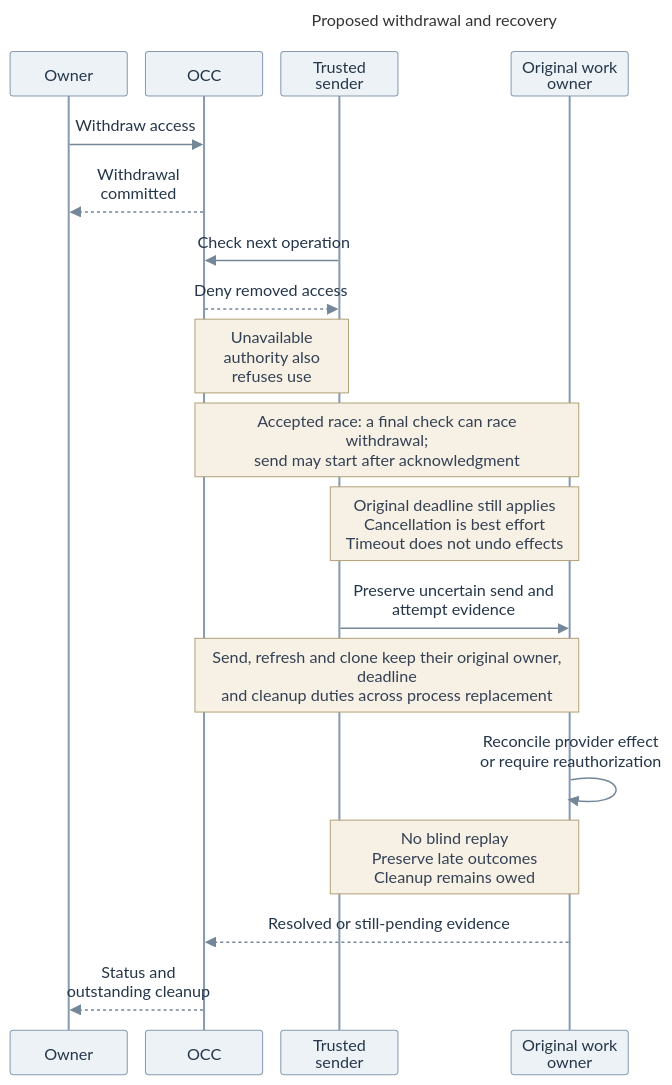
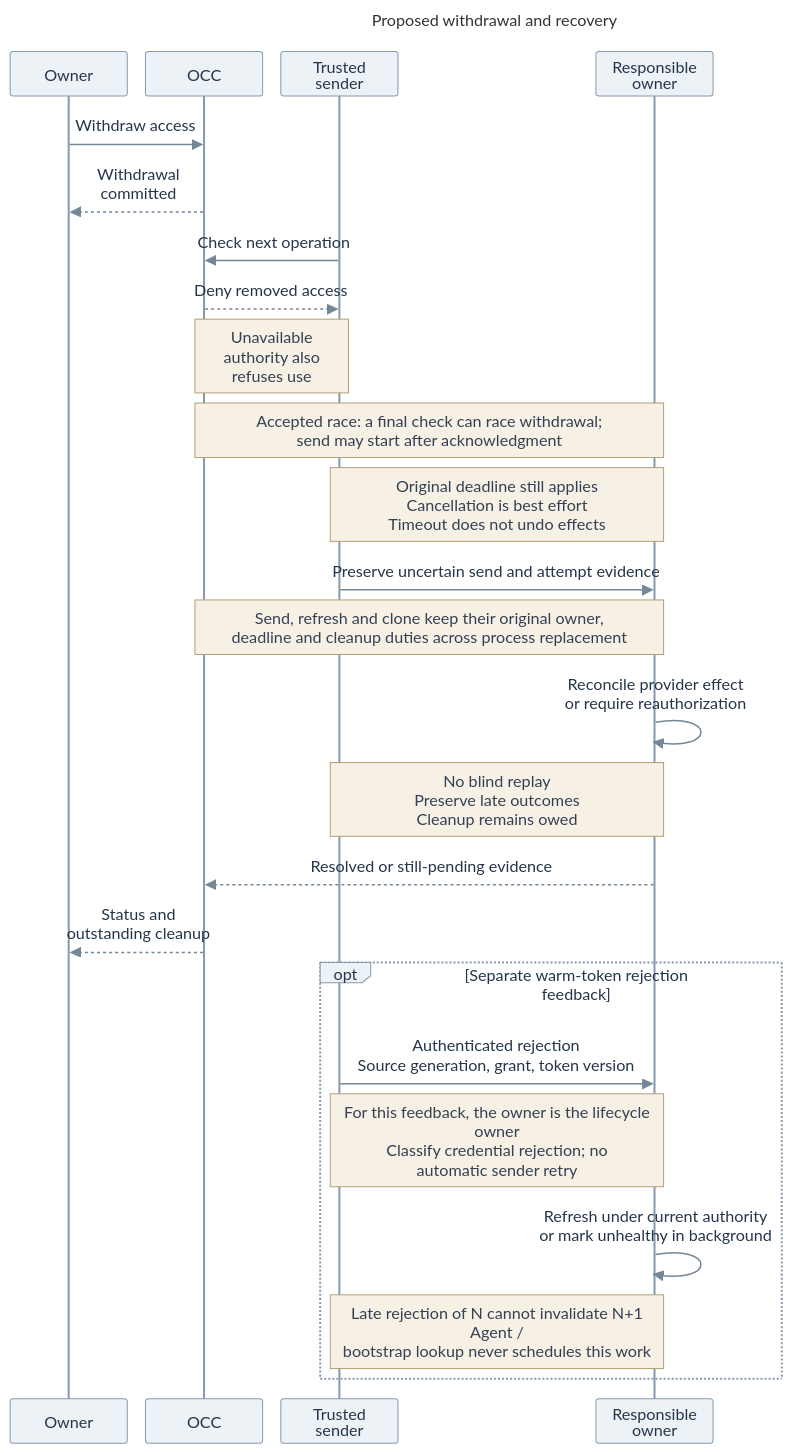
The diagram in specs/rfcs/0019-egress-proxy-credential-lifecycle/assets/revocation-recovery.mmd (freeqaz-openai/openclaw-enterprise), drawn with Mermaid before and after one commit. The commit also changed 20 other files, not shown here.

```diff
--- a/specs/rfcs/0019-egress-proxy-credential-lifecycle/assets/revocation-recovery.mmd
+++ b/specs/rfcs/0019-egress-proxy-credential-lifecycle/assets/revocation-recovery.mmd
@@ -1,45 +1,51 @@
 ---
 title: "Proposed withdrawal and recovery"
 config:
   theme: base
   themeVariables:
     fontFamily: "Arial, sans-serif"
     fontSize: "16px"
     actorBkg: "#EDF2F7"
     actorBorder: "#879AB0"
     actorTextColor: "#25364A"
     noteBkgColor: "#F7F1E5"
     noteBorderColor: "#B3A078"
     noteTextColor: "#344054"
     signalColor: "#748798"
     signalTextColor: "#25364A"
   sequence:
     useMaxWidth: false
     actorMargin: 18
     width: 116
     height: 44
     diagramMarginX: 12
     diagramMarginY: 12
     messageMargin: 16
     noteMargin: 8
     mirrorActors: true
     wrap: true
 ---
 sequenceDiagram
   participant O as Owner
   participant C as OCC
   participant S as Trusted sender
-  participant R as Original work owner
+  participant R as Responsible owner
   O->>C: Withdraw access
   C-->>O: Withdrawal committed
   S->>C: Check next operation
   C-->>S: Deny removed access
   Note over C,S: Unavailable authority also refuses use
   Note over C,R: Accepted race: a final check can race withdrawal#59;<br/>send may start after acknowledgment
   Note over S,R: Original deadline still applies<br/>Cancellation is best effort<br/>Timeout does not undo effects
   S->>R: Preserve uncertain send and attempt evidence
   Note over C,R: Send, refresh and clone keep their original owner,<br/>deadline and cleanup duties across process replacement
   R->>R: Reconcile provider effect<br/>or require reauthorization
   Note over S,R: No blind replay<br/>Preserve late outcomes<br/>Cleanup remains owed
   R-->>C: Resolved or still-pending evidence
   C-->>O: Status and outstanding cleanup
+  opt Separate warm-token rejection feedback
+    S->>R: Authenticated rejection<br/>Source generation, grant, token version
+    Note over S,R: For this feedback, the owner is the lifecycle owner<br/>Classify credential rejection#59; no automatic sender retry
+    R->>R: Refresh under current authority<br/>or mark unhealthy in background
+    Note over S,R: Late rejection of N cannot invalidate N+1<br/>Agent / bootstrap lookup never schedules this work
+  end
```
